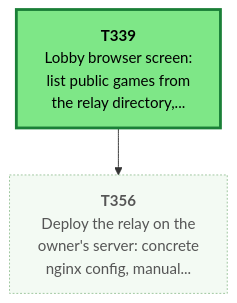
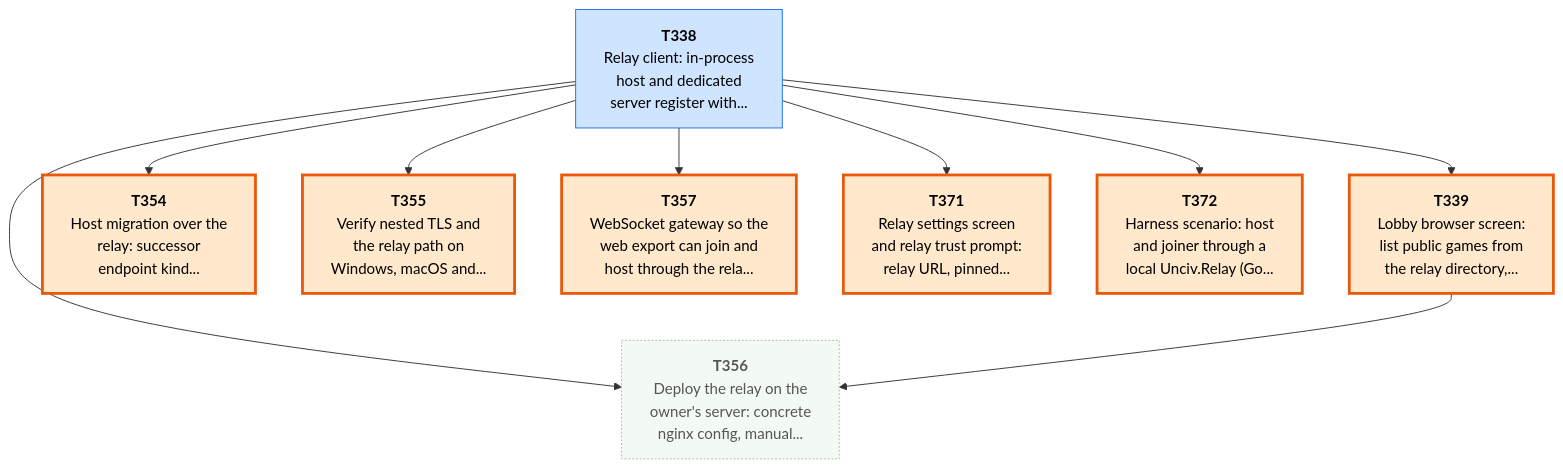
Before and after one commit to Kenmura/Unciv: the first of 7 diagrams in csharp/migration/DEPENDENCY_MAP.md, drawn with Mermaid. The commit also changed other lines of this file and 1 other file, not shown here.

Commit message:
migration: review T369 pass [Claude reviewer subagent]

````diff
--- a/csharp/migration/DEPENDENCY_MAP.md
+++ b/csharp/migration/DEPENDENCY_MAP.md
@@ -64,15 +64,34 @@
 ```mermaid
 flowchart TD
+  T338["<b>T338</b><br/>Relay client: in-process<br/>host and dedicated<br/>server register with..."]
   T339["<b>T339</b><br/>Lobby browser screen:<br/>list public games from<br/>the relay directory,..."]
+  T354["<b>T354</b><br/>Host migration over the<br/>relay: successor<br/>endpoint kind..."]
+  T355["<b>T355</b><br/>Verify nested TLS and<br/>the relay path on<br/>Windows, macOS and..."]
   T356["<b>T356</b><br/>Deploy the relay on the<br/>owner's server: concrete<br/>nginx config, manual..."]
+  T357["<b>T357</b><br/>WebSocket gateway so the<br/>web export can join and<br/>host through the rela..."]
+  T371["<b>T371</b><br/>Relay settings screen<br/>and relay trust prompt:<br/>relay URL, pinned..."]
+  T372["<b>T372</b><br/>Harness scenario: host<br/>and joiner through a<br/>local Unciv.Relay (Go..."]
+  T338 --> T339
+  T338 --> T354
+  T338 --> T355
+  T338 --> T356
   T339 --> T356
+  T338 --> T357
+  T338 --> T371
+  T338 --> T372
   classDef waiting fill:#f3faf3,stroke:#9bc49b,color:#555,stroke-dasharray:2 2
   classDef ondeck fill:#ffe8cc,stroke:#e8590c,stroke-width:3px,color:#000
   classDef ready fill:#7ee787,stroke:#1a7f37,stroke-width:3px,color:#000
   classDef prog fill:#fff3b0,stroke:#b58900,color:#000
   classDef review fill:#cfe4ff,stroke:#1f6feb,color:#000
   classDef blocked fill:#ffd6d6,stroke:#c62828,color:#000
   classDef done fill:#eeeeee,stroke:#999999,color:#666,stroke-dasharray:4 3
-  class T339 ready
+  class T338 review
+  class T339 ondeck
+  class T354 ondeck
+  class T355 ondeck
   class T356 waiting
+  class T357 ondeck
+  class T371 ondeck
+  class T372 ondeck
 ```
````
